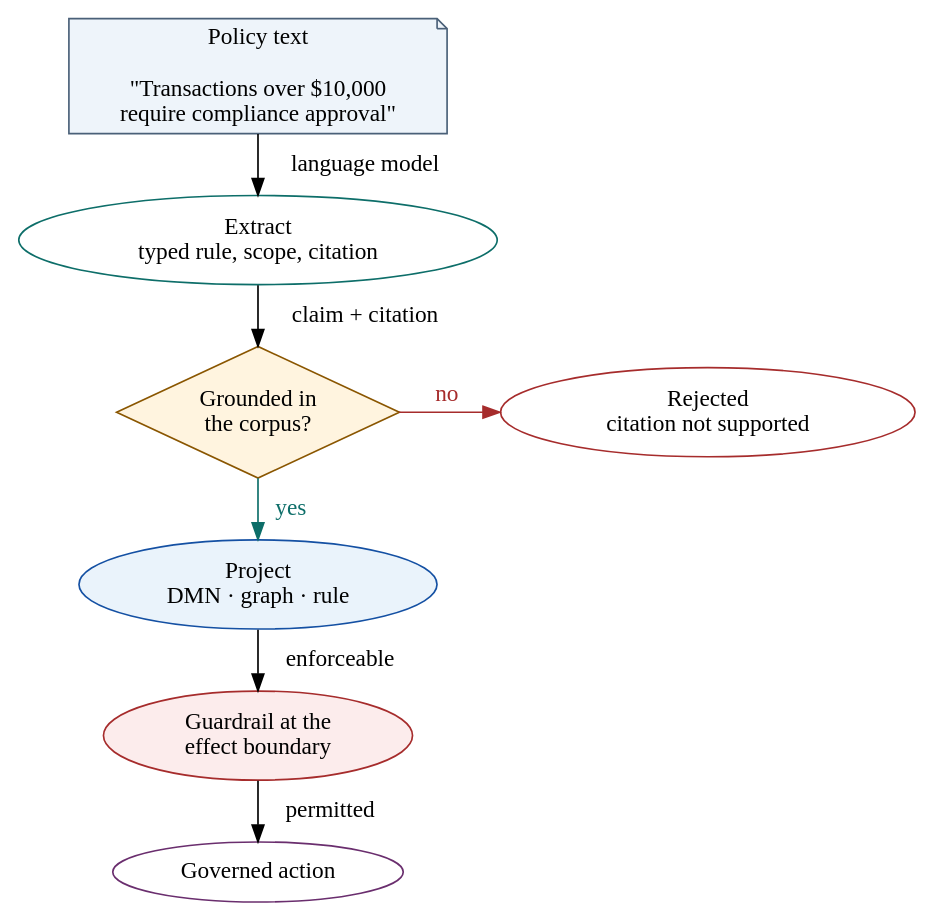
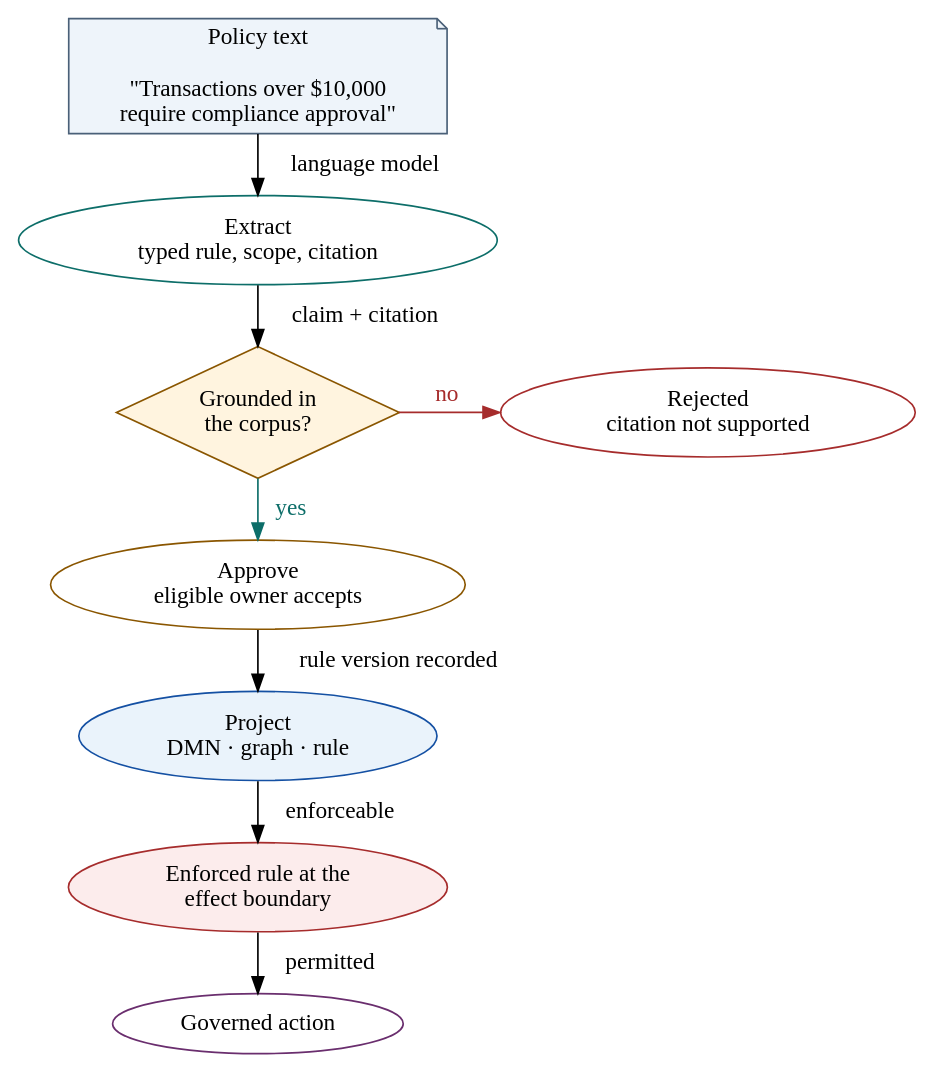
Before and after one commit to rrahimi-uci/building-enterprise-general-intelligence: the diagram in assets/diagrams/src/policy-to-guardrail.gv, drawn with Graphviz. The commit also changed 40 other files, not shown here.

```diff
--- a/assets/diagrams/src/policy-to-guardrail.gv
+++ b/assets/diagrams/src/policy-to-guardrail.gv
@@ -1,26 +1,29 @@
-// Figure 5-2 — Extract, prove, project.
+// Figure 5-2 — Extract, prove, approve, project.
 // Message: extraction is probabilistic and verification is not, so the gate in
-// the middle is the load-bearing part. Ungrounded claims leave the pipeline.
+// the middle is the load-bearing part. Ungrounded claims leave the pipeline, and
+// an accountable owner approves the interpretation before it is enforced.
 digraph policy_to_guardrail {
   rankdir = TB
   graph [ranksep=0.30, nodesep=0.35]
 
   policy [label="Policy text\n\n\"Transactions over $10,000\nrequire compliance approval\"",
           fillcolor="#EEF4FA", color="#4A6078", shape=note, style=filled]
   extract [label="Extract\ntyped rule, scope, citation", fillcolor="#E7F5F3", color="#0D6E69"]
   prove [label="Grounded in\nthe corpus?", fillcolor="#FFF4DF", color="#8A5600", shape=diamond,
          style=filled, height=1.1, width=2.0]
   reject [label="Rejected\ncitation not supported", fillcolor="#FCECEC", color="#A62C2C"]
+  approve [label="Approve\neligible owner accepts", fillcolor="#FFF4DF", color="#8A5600"]
   project [label="Project\nDMN · graph · rule", fillcolor="#EAF3FB", color="#1450A3", style=filled]
-  guard [label="Guardrail at the\neffect boundary", fillcolor="#FCECEC", color="#A62C2C", style=filled]
+  guard [label="Enforced rule at the\neffect boundary", fillcolor="#FCECEC", color="#A62C2C", style=filled]
   action [label="Governed action", fillcolor="#F7ECF8", color="#6A2E6E"]
 
   policy -> extract [label="  language model  "]
   extract -> prove [label="  claim + citation  "]
   prove -> reject [label="  no  ", color="#A62C2C", fontcolor="#A62C2C"]
-  prove -> project [label="  yes  ", color="#0D6E69", fontcolor="#0D6E69"]
+  prove -> approve [label="  yes  ", color="#0D6E69", fontcolor="#0D6E69"]
+  approve -> project [label="  rule version recorded  "]
   project -> guard [label="  enforceable  "]
   guard -> action [label="  permitted  "]
 
   { rank=same; prove; reject }
 }
```
